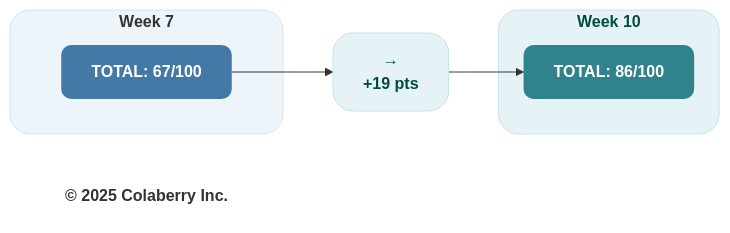
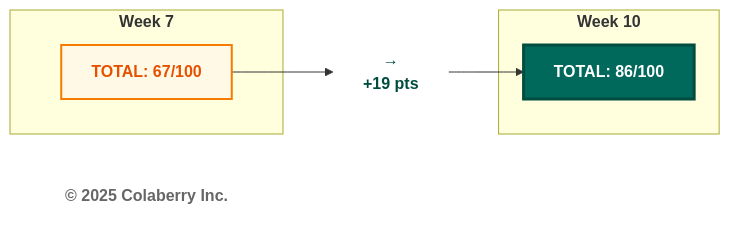
Diagram 12 of 14 in manuscript/07_chapter_6_transparency_orchestration_layers.md (saitejesh-cyber/trust-before-intelligence-book), drawn with Mermaid before and after one commit. The commit also changed other lines of this file and 12 other files, not shown here.

Commit message:
Restore legacy Mermaid styles for Option 1

````diff
--- a/manuscript/07_chapter_6_transparency_orchestration_layers.md
+++ b/manuscript/07_chapter_6_transparency_orchestration_layers.md
@@ -1112,23 +1107,21 @@
 ```mermaid
 graph LR
-    subgraph WEEK7["<b>Week 7</b>"]
+    subgraph "<b>Week 7</b>"
         W7["<b>TOTAL: 67/100</b>"]
     end
     
     Arrow["<b>→</b><br/><b>+19 pts</b>"]
     
-    subgraph WEEK10["<b>Week 10</b>"]
+    subgraph "<b>Week 10</b>"
         W10["<b>TOTAL: 86/100</b>"]
     end
     
     Copyright["<b>© 2025 Colaberry Inc.</b>"]
     
     W7 --> Arrow --> W10
     
-    style W7 fill:#4478A6,stroke:none,color:#ffffff,rx:10,ry:10
-    style Arrow fill:#e6f3f6,stroke:#c7e3ea,stroke-width:1px,color:#004d40,rx:20,ry:20
-    style W10 fill:#30838C,stroke:none,color:#ffffff,rx:10,ry:10
-    style WEEK7 fill:#edf4fa,stroke:#d6e4f2,stroke-width:1px,color:#333333,rx:20,ry:20
-    style WEEK10 fill:#e6f3f6,stroke:#c7e3ea,stroke-width:1px,color:#004d40,rx:20,ry:20
-    style Copyright fill:none,stroke:none,color:#333333
+    style W7 fill:#fff9e6,stroke:#f57c00,stroke-width:2px,color:#e65100
+    style Arrow fill:#ffffff,stroke:none,color:#004d40
+    style W10 fill:#00695c,color:#ffffff,stroke:#004d40,stroke-width:3px
+    style Copyright fill:#ffffff,stroke:none,color:#666666
 ```
````
